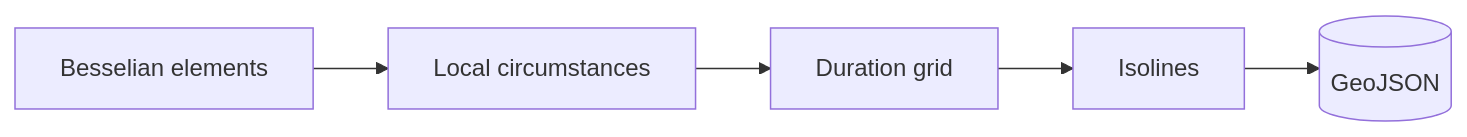
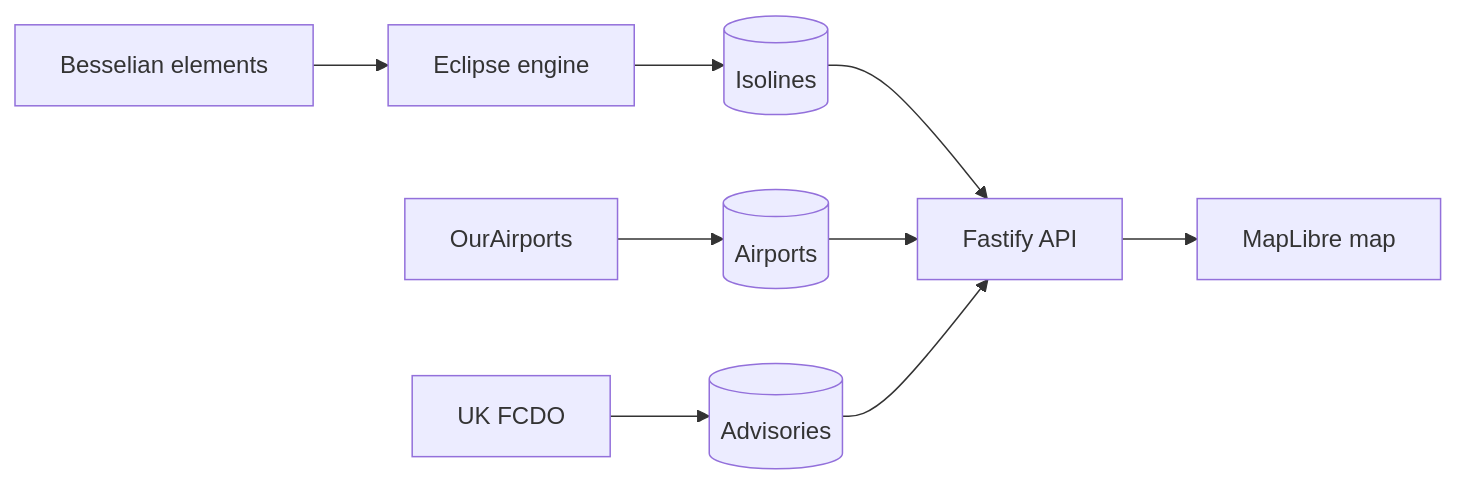
Before and after one commit to imagobea/chasing-totality: the diagram in README.md, drawn with Mermaid. The commit also changed other lines of this file and 3 other files, not shown here.

````diff
--- a/README.md
+++ b/README.md
@@ -13,13 +13,11 @@
 ```mermaid
 graph LR
-    Elements[Besselian elements]
-    Engine[Local circumstances]
-    Grid[Duration grid]
-    Contours[Isolines]
-    GeoJSON[(GeoJSON)]
-
-    Elements --> Engine
-    Engine --> Grid
-    Grid --> Contours
-    Contours --> GeoJSON
+    Elements[Besselian elements] --> Engine[Eclipse engine]
+    Engine --> Isolines[(Isolines)]
+    OurAirports --> Airports[(Airports)]
+    FCDO[UK FCDO] --> Advisories[(Advisories)]
+    Isolines --> API[Fastify API]
+    Airports --> API
+    Advisories --> API
+    API --> Map[MapLibre map]
 ```
````
